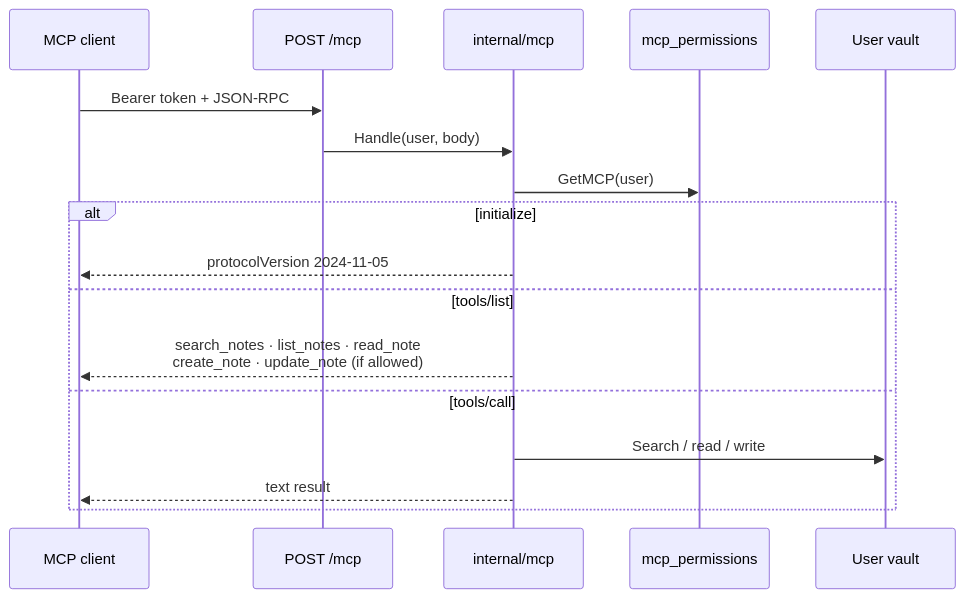
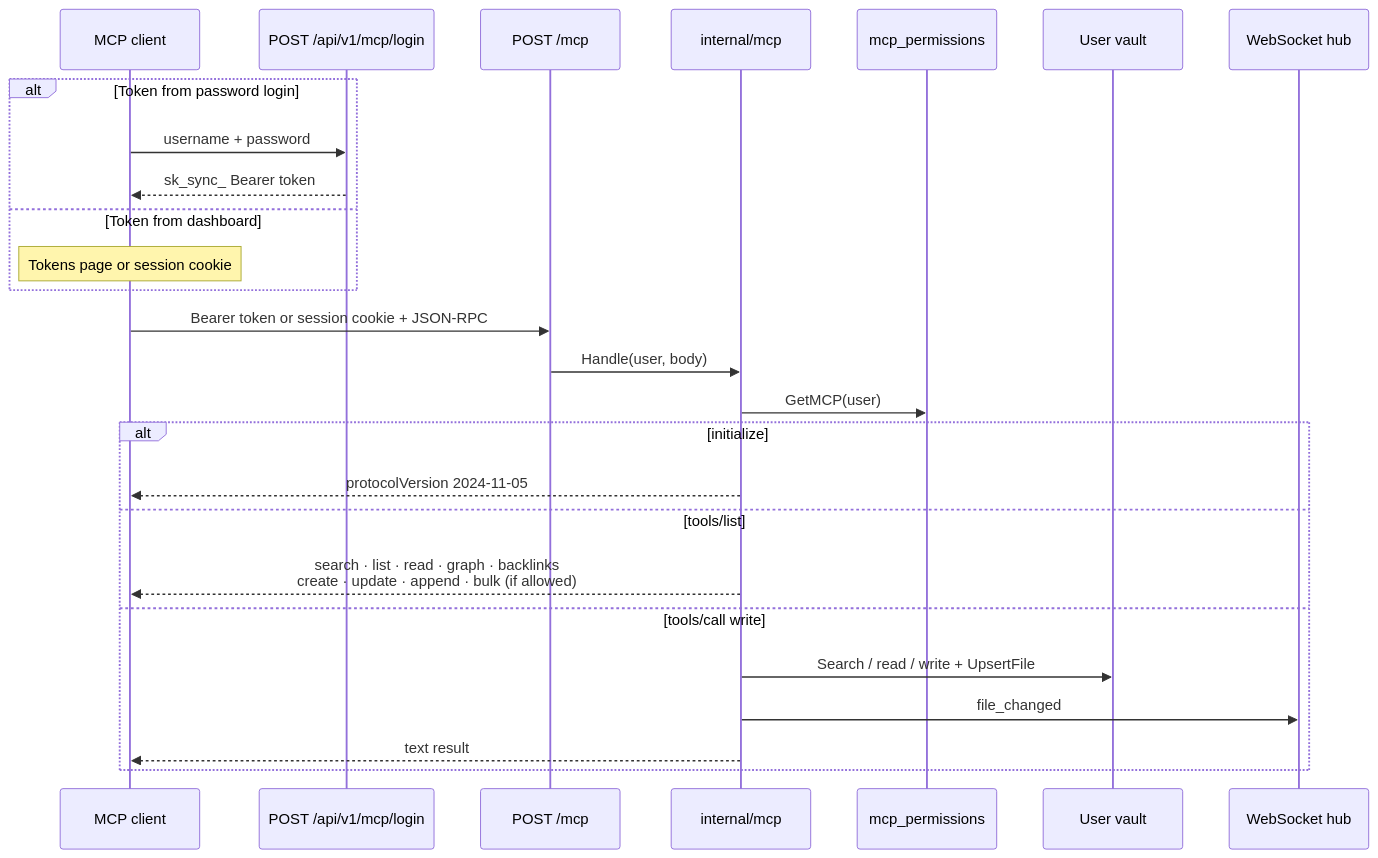
Before and after one commit to shangeethsivan/Syncidian: the tenth of 13 diagrams in docs/architecture.md, drawn with Mermaid. The commit also changed other lines of this file and 10 other files, not shown here.

First line of the commit message:
Expand MCP so agents can search, link, graph, and organize the vault.

````diff
--- a/docs/architecture.md
+++ b/docs/architecture.md
@@ -334,21 +335,31 @@
 ```mermaid
 sequenceDiagram
   participant Client as MCP client
+  participant Login as POST /api/v1/mcp/login
   participant API as POST /mcp
   participant MCP as internal/mcp
   participant Perms as mcp_permissions
   participant Vault as User vault
+  participant Hub as WebSocket hub
 
-  Client->>API: Bearer token + JSON-RPC
+  alt Token from password login
+    Client->>Login: username + password
+    Login-->>Client: sk_sync_ Bearer token
+  else Token from dashboard
+    Note over Client: Tokens page or session cookie
+  end
+
+  Client->>API: Bearer token or session cookie + JSON-RPC
   API->>MCP: Handle(user, body)
   MCP->>Perms: GetMCP(user)
 
   alt initialize
     MCP-->>Client: protocolVersion 2024-11-05
   else tools/list
-    MCP-->>Client: search_notes · list_notes · read_note<br/>create_note · update_note (if allowed)
-  else tools/call
-    MCP->>Vault: Search / read / write
+    MCP-->>Client: search · list · read · graph · backlinks<br/>create · update · append · bulk (if allowed)
+  else tools/call write
+    MCP->>Vault: Search / read / write + UpsertFile
+    MCP->>Hub: file_changed
     MCP-->>Client: text result
   end
 ```
````
